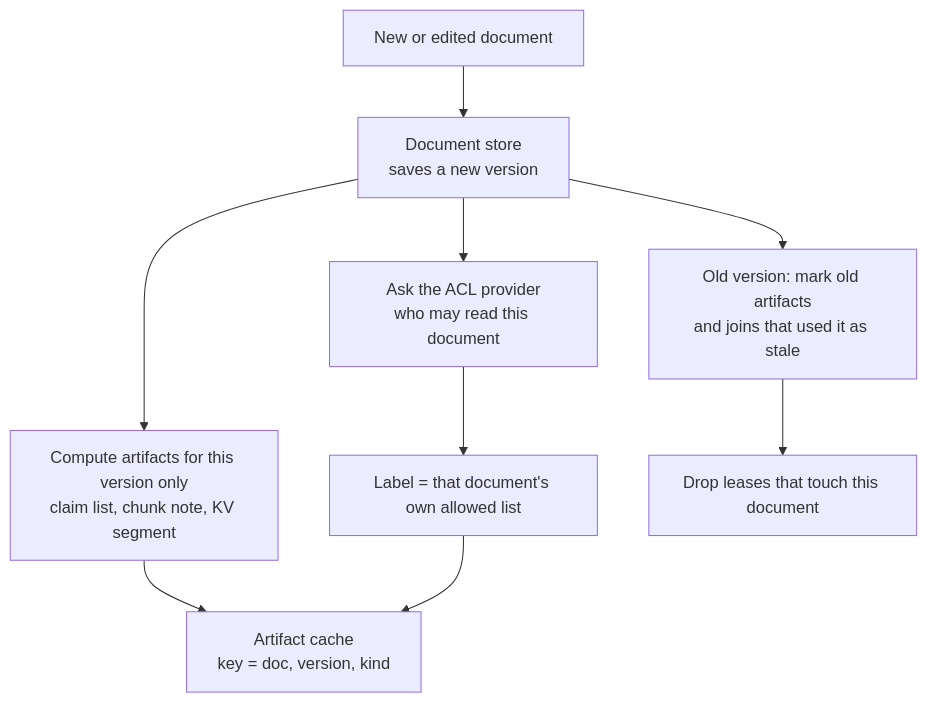
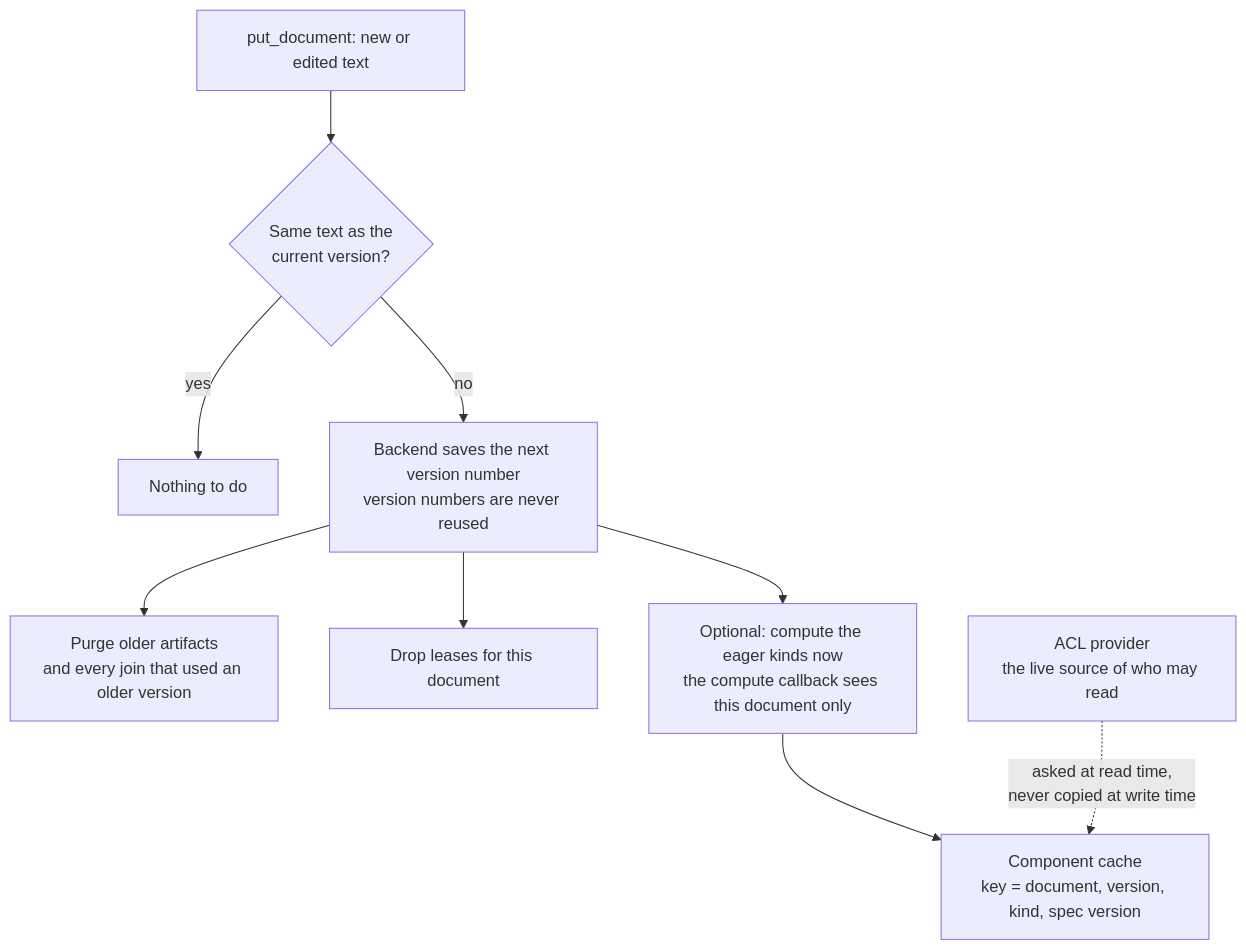
Before and after one commit to mahimn01/label-lattice: the second of 5 diagrams in README.md, drawn with Mermaid. The commit also changed other lines of this file, not shown here.

Commit message:
Rewrite the README: quick start, real vs simulated, updated diagrams

````diff
--- a/README.md
+++ b/README.md
@@ -82,11 +146,11 @@
 ```mermaid
 flowchart TD
-    W1["New or edited document"] --> W2["Document store<br/>saves a new version"]
-    W2 --> W3["Ask the ACL provider<br/>who may read this document"]
-    W3 --> W4["Label = that document's own allowed list"]
-    W2 --> W5["Compute artifacts for this version only<br/>claim list, chunk note, KV segment"]
-    W5 --> W6["Artifact cache<br/>key = doc, version, kind"]
-    W4 --> W6
-    W2 --> W7["Old version: mark old artifacts<br/>and joins that used it as stale"]
-    W7 --> W8["Drop leases that touch this document"]
+    W1["put_document: new or edited text"] --> W2{"Same text as the<br/>current version?"}
+    W2 -- "yes" --> W9["Nothing to do"]
+    W2 -- "no" --> W3["Backend saves the next version number<br/>version numbers are never reused"]
+    W3 --> W4["Purge older artifacts<br/>and every join that used an older version"]
+    W3 --> W5["Drop leases for this document"]
+    W3 --> W6["Optional: compute the eager kinds now<br/>the compute callback sees this document only"]
+    W6 --> W7["Component cache<br/>key = document, version, kind, spec version"]
+    ACL["ACL provider<br/>the live source of who may read"] -. "asked at read time,<br/>never copied at write time" .-> W7
 ```
````
